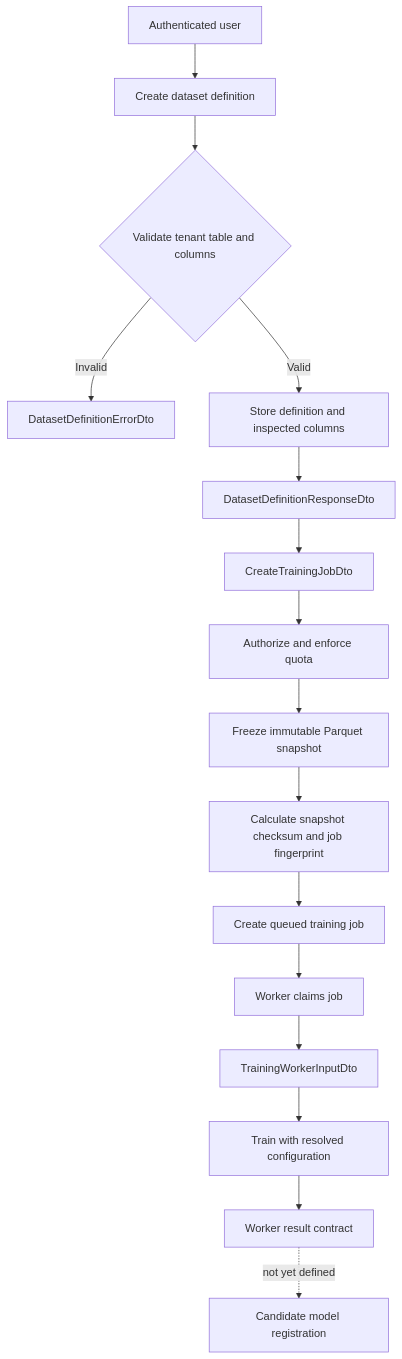
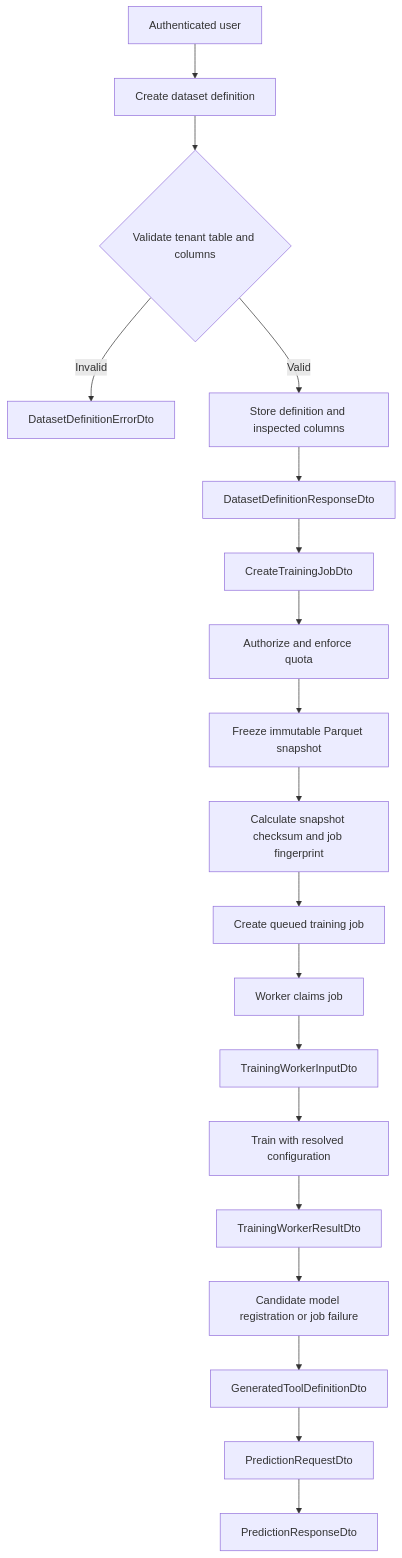
Before and after one commit to linnathoncode/Ampersand: the diagram in docs/shared-data-training-contracts.md, drawn with Mermaid. The commit also changed other lines of this file and 17 other files, not shown here.

````diff
--- a/docs/shared-data-training-contracts.md
+++ b/docs/shared-data-training-contracts.md
@@ -15,18 +15,21 @@
 ```mermaid
 flowchart TD
     A[Authenticated user] --> B[Create dataset definition]
     B --> C{Validate tenant table and columns}
     C -->|Invalid| D[DatasetDefinitionErrorDto]
     C -->|Valid| E[Store definition and inspected columns]
     E --> F[DatasetDefinitionResponseDto]
     F --> G[CreateTrainingJobDto]
     G --> H[Authorize and enforce quota]
     H --> I[Freeze immutable Parquet snapshot]
     I --> J[Calculate snapshot checksum and job fingerprint]
     J --> K[Create queued training job]
     K --> L[Worker claims job]
     L --> M[TrainingWorkerInputDto]
     M --> N[Train with resolved configuration]
-    N --> O[Worker result contract]
-    O -. not yet defined .-> P[Candidate model registration]
+    N --> O[TrainingWorkerResultDto]
+    O --> P[Candidate model registration or job failure]
+    P --> Q[GeneratedToolDefinitionDto]
+    Q --> R[PredictionRequestDto]
+    R --> S[PredictionResponseDto]
 ```
````
